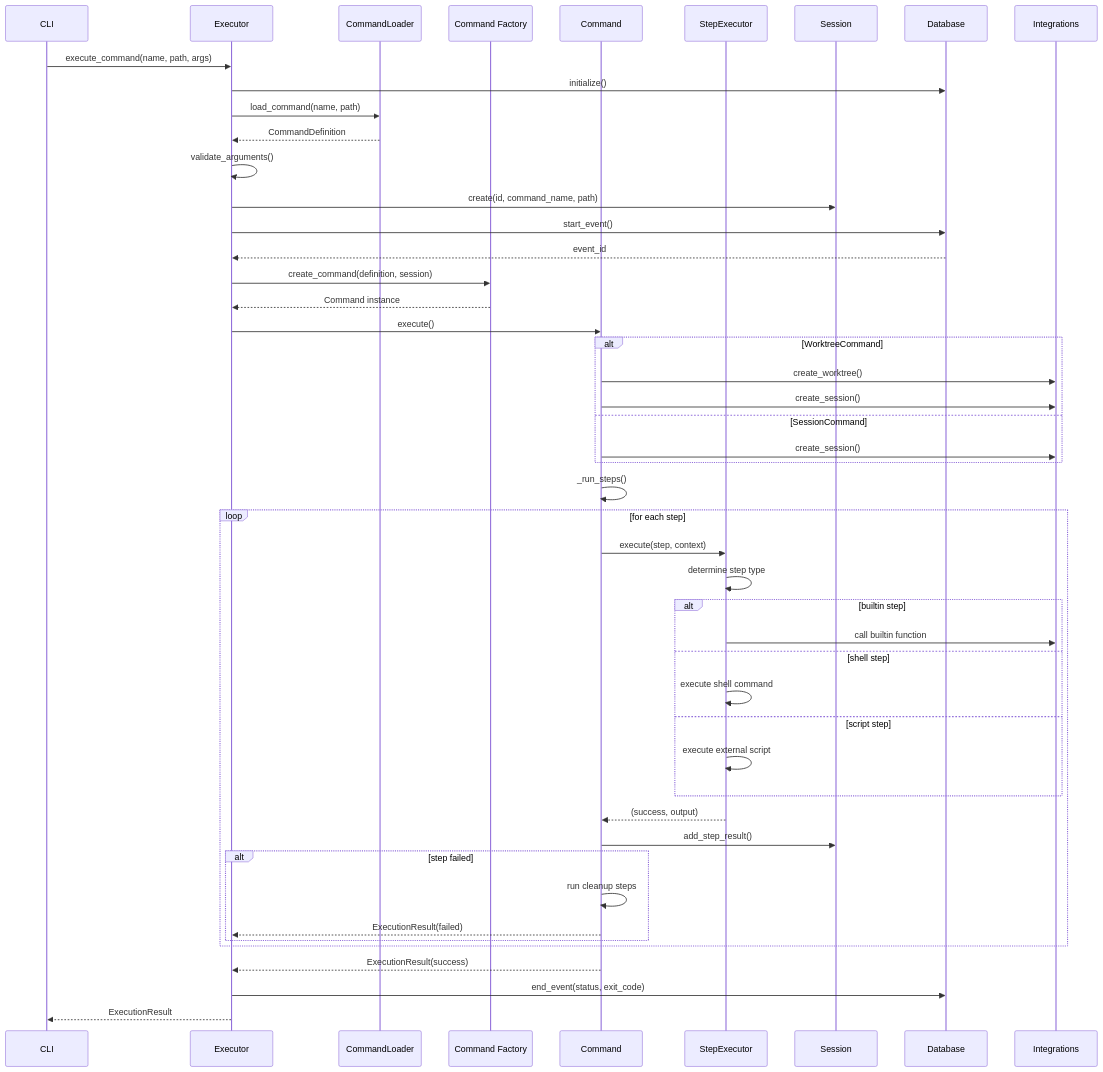
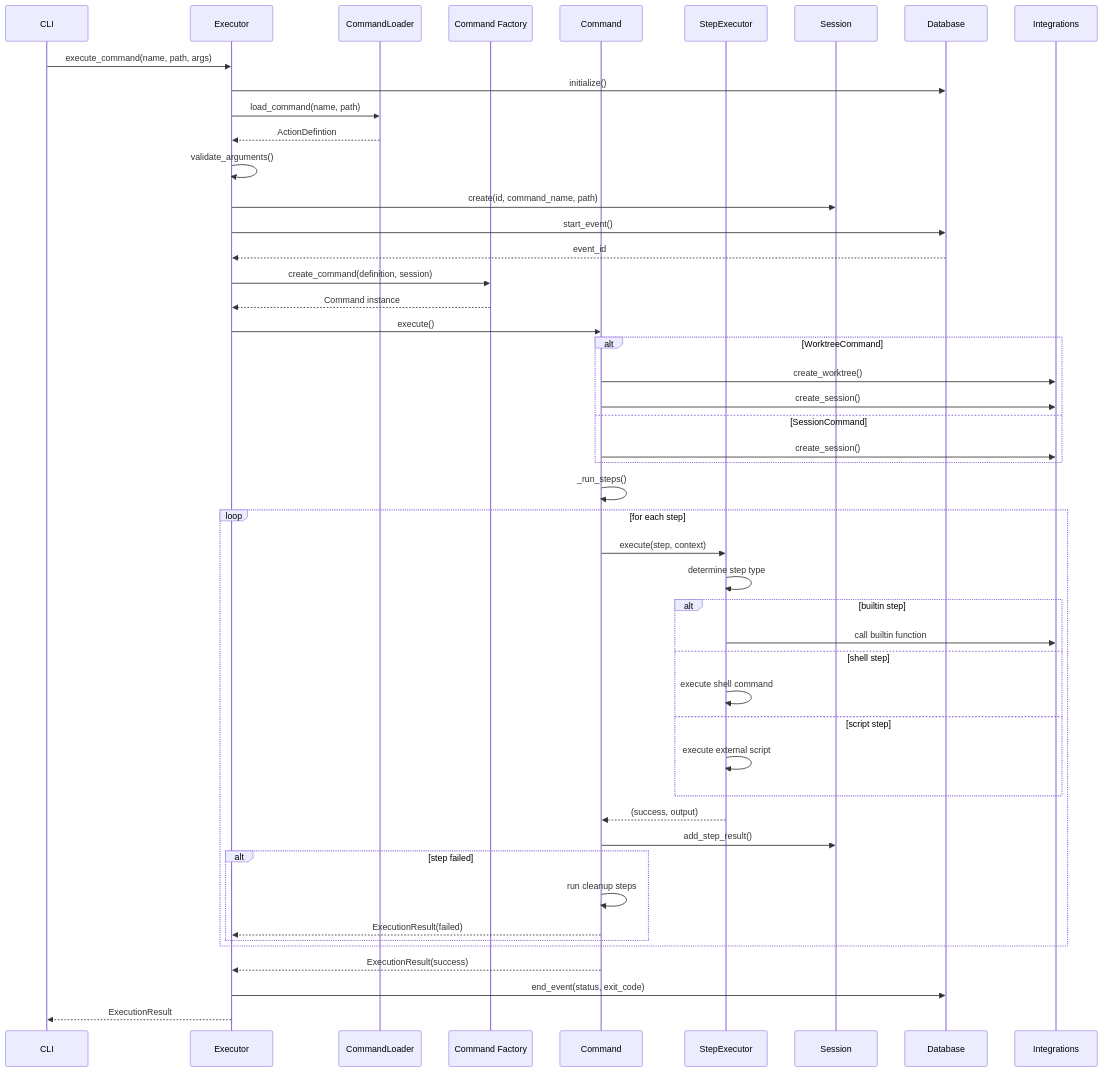
The diagram in diagrams/03-execution-flow.md (unbracketed/juiceprune), drawn with Mermaid before and after one commit. The commit also changed 26 other files, not shown here.

Commit message:
Renames Command -> Action

````diff
--- a/diagrams/03-execution-flow.md
+++ b/diagrams/03-execution-flow.md
@@ -5,60 +5,60 @@
 ```mermaid
 sequenceDiagram
     participant CLI
     participant Executor
     participant CommandLoader
     participant CommandFactory as Command Factory
     participant Command
     participant StepExecutor
     participant Session
     participant Database
     participant Integrations
     
     CLI->>Executor: execute_command(name, path, args)
     Executor->>Database: initialize()
     Executor->>CommandLoader: load_command(name, path)
-    CommandLoader-->>Executor: CommandDefinition
+    CommandLoader-->>Executor: ActionDefintion
     
     Executor->>Executor: validate_arguments()
     Executor->>Session: create(id, command_name, path)
     Executor->>Database: start_event()
     Database-->>Executor: event_id
     
     Executor->>CommandFactory: create_command(definition, session)
     CommandFactory-->>Executor: Command instance
     
     Executor->>Command: execute()
     
     alt WorktreeCommand
         Command->>Integrations: create_worktree()
         Command->>Integrations: create_session()
     else SessionCommand
         Command->>Integrations: create_session()
     end
     
     Command->>Command: _run_steps()
     loop for each step
         Command->>StepExecutor: execute(step, context)
         StepExecutor->>StepExecutor: determine step type
         
         alt builtin step
             StepExecutor->>Integrations: call builtin function
         else shell step
             StepExecutor->>StepExecutor: execute shell command
         else script step
             StepExecutor->>StepExecutor: execute external script
         end
         
         StepExecutor-->>Command: (success, output)
         Command->>Session: add_step_result()
         
         alt step failed
             Command->>Command: run cleanup steps
             Command-->>Executor: ExecutionResult(failed)
         end
     end
     
     Command-->>Executor: ExecutionResult(success)
     Executor->>Database: end_event(status, exit_code)
     Executor-->>CLI: ExecutionResult
 ```
````
